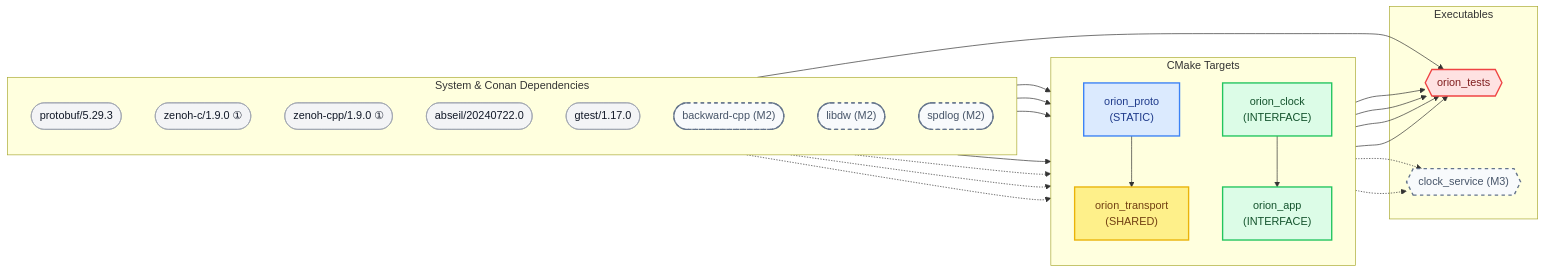
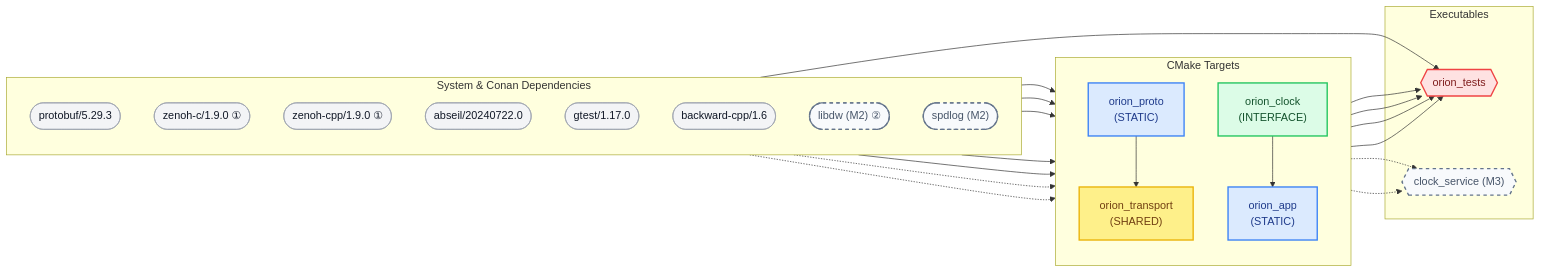
One commit to Unmanned-Constellation/orion changed the diagram in docs/architecture.md. Above: the diagram before and after it, drawn with Mermaid. The commit also changed other lines of this file and 40 other files, not shown here.

First line of the commit message:
feat(app): implement CrashHandler with backward-cpp symbolization (#53)

````diff
--- a/docs/architecture.md
+++ b/docs/architecture.md
@@ -9,60 +9,60 @@
 ```{mermaid}
 flowchart LR
     %% Semantic Style Definitions
     classDef external   fill:#f3f4f6,stroke:#9ca3af,stroke-width:1px,color:#111827
     classDef interface  fill:#dcfce7,stroke:#22c55e,stroke-width:2px,color:#14532d
     classDef staticLib  fill:#dbeafe,stroke:#3b82f6,stroke-width:2px,color:#1e3a8a
     classDef sharedLib  fill:#fef08a,stroke:#eab308,stroke-width:2px,color:#713f12
     classDef executable fill:#fee2e2,stroke:#ef4444,stroke-width:2px,color:#7f1d1d
     classDef planned    fill:#f8fafc,stroke:#64748b,stroke-width:2px,stroke-dasharray: 5 5,color:#475569
 
     subgraph External ["System & Conan Dependencies"]
         direction TB
         protobuf(["protobuf/5.29.3"]):::external
         zenohc(["zenoh-c/1.9.0 ①"]):::external
         zenohcpp(["zenoh-cpp/1.9.0 ①"]):::external
         abseil(["abseil/20240722.0"]):::external
         gtest(["gtest/1.17.0"]):::external
+        backwardcpp(["backward-cpp/1.6"]):::external
 
-        backwardcpp(["backward-cpp (M2)"]):::planned
-        libdw(["libdw (M2)"]):::planned
+        libdw(["libdw (M2) ②"]):::planned
         spdlog(["spdlog (M2)"]):::planned
     end
 
     subgraph Modules ["CMake Targets"]
         direction TB
         orion_clock["orion_clock<br/>(INTERFACE)"]:::interface
         orion_proto["orion_proto<br/>(STATIC)"]:::staticLib
-        orion_app["orion_app<br/>(INTERFACE)"]:::interface
+        orion_app["orion_app<br/>(STATIC)"]:::staticLib
         orion_transport["orion_transport<br/>(SHARED)"]:::sharedLib
     end
 
     subgraph Executables ["Executables"]
         orion_tests{{"orion_tests"}}:::executable
         clock_service{{"clock_service (M3)"}}:::planned
     end
 
     %% External to Module Edges
     protobuf    --> orion_proto
     abseil      --> orion_proto
     zenohc      --> orion_transport
     zenohcpp    --> orion_transport
 
-    backwardcpp -.-> orion_app
+    backwardcpp --> orion_app
     libdw       -.-> orion_app
     spdlog      -.-> orion_app
 
     %% Internal Module Edges
     orion_proto --> orion_transport
     orion_clock --> orion_app
 
     %% Executable Edges
     orion_clock     --> orion_tests
     orion_app       --> orion_tests
     orion_transport --> orion_tests
     orion_proto     --> orion_tests
     gtest           --> orion_tests
 
     orion_transport -.-> clock_service
     orion_proto     -.-> clock_service
 ```
````
